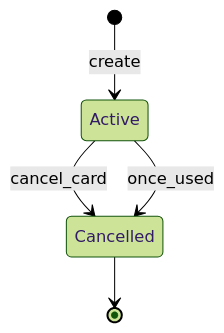
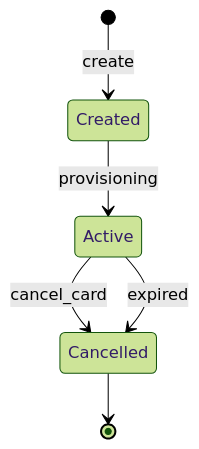
Before and after one commit to immersve/immersve-docs: the diagram in docs/guides/card-lifecycle.md, drawn with Mermaid (forest theme). The commit also changed other lines of this file, not shown here.

````diff
--- a/docs/guides/card-lifecycle.md
+++ b/docs/guides/card-lifecycle.md
@@ -17,8 +17,8 @@
 ```mermaid
 stateDiagram-v2
-    [*]--> Active: create
-
+    [*]--> Created: create
+    Created-->Active: provisioning
     Active-->Cancelled : cancel_card
-    Active-->Cancelled : once_used
+    Active-->Cancelled : expired
     Cancelled --> [*]
 ```
````
